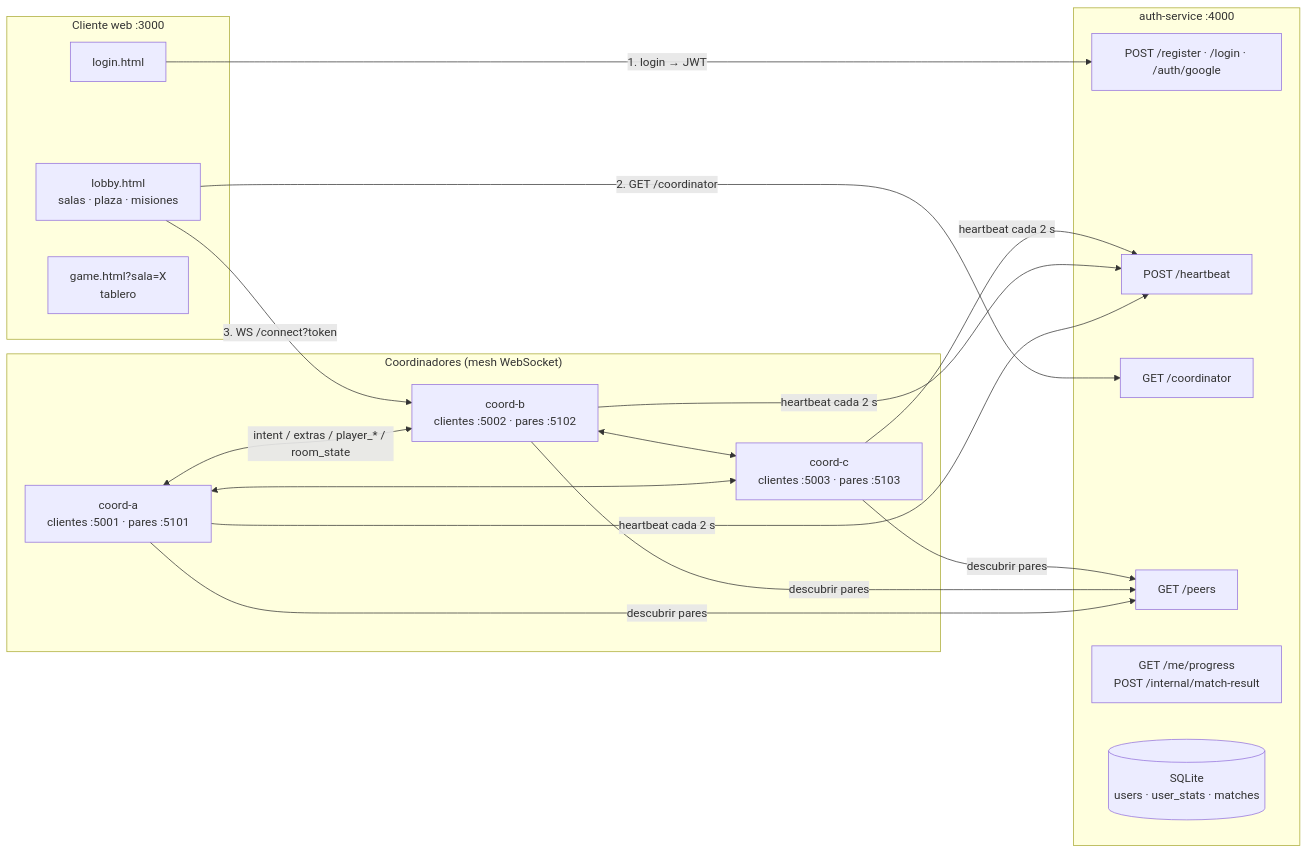
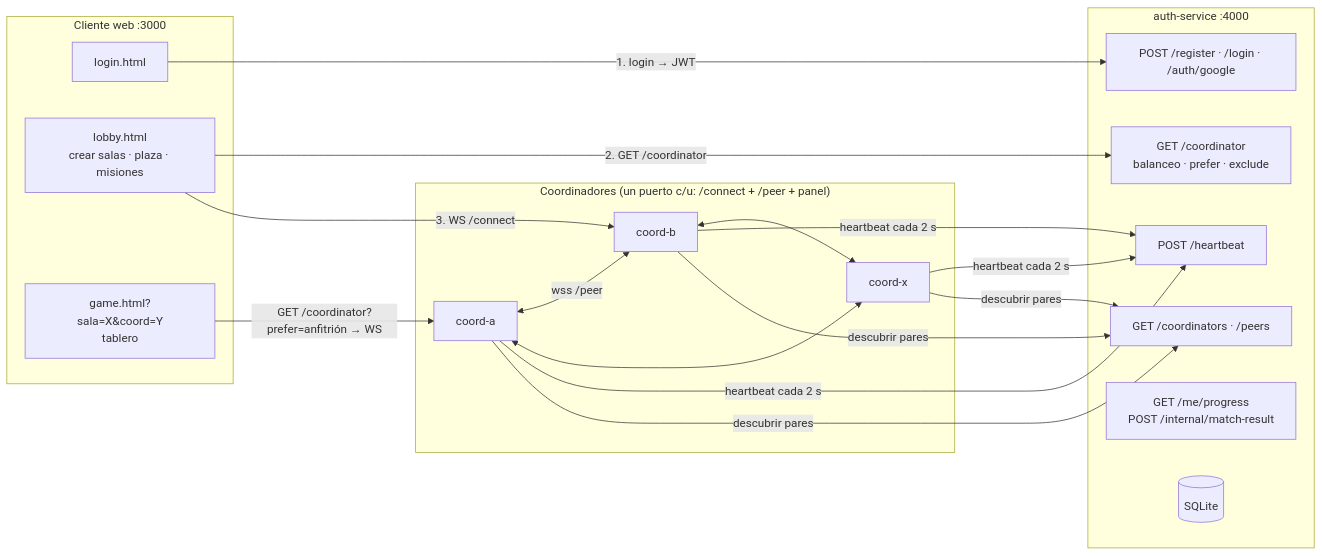
Before and after one commit to Sr-Davenson/Monopoly_Sd: the diagram in README.md, drawn with Mermaid. The commit also changed other lines of this file and 43 other files, not shown here.

````diff
--- a/README.md
+++ b/README.md
@@ -16,32 +17,33 @@
 ```mermaid
 flowchart LR
     subgraph Client["Cliente web :3000"]
         L[login.html]
-        LB[lobby.html<br/>salas · plaza · misiones]
-        G[game.html?sala=X<br/>tablero]
+        LB[lobby.html<br/>crear salas · plaza · misiones]
+        G["game.html?sala=X&coord=Y<br/>tablero"]
     end
 
     subgraph Auth["auth-service :4000"]
         A1[POST /register · /login · /auth/google]
         A2[POST /heartbeat]
-        A3[GET /coordinator]
-        A4[GET /peers]
+        A3[GET /coordinator<br/>balanceo · prefer · exclude]
+        A4[GET /coordinators · /peers]
         A5[GET /me/progress<br/>POST /internal/match-result]
-        DB[(SQLite<br/>users · user_stats · matches)]
+        DB[(SQLite)]
     end
 
-    subgraph Mesh["Coordinadores (mesh WebSocket)"]
-        CA[coord-a<br/>clientes :5001 · pares :5101]
-        CB[coord-b<br/>clientes :5002 · pares :5102]
-        CC[coord-c<br/>clientes :5003 · pares :5103]
-        CA <-->|intent / extras / player_* / room_state| CB
-        CA <--> CC
-        CB <--> CC
+    subgraph Mesh["Coordinadores (un puerto c/u: /connect + /peer + panel)"]
+        CA[coord-a]
+        CB[coord-b]
+        CX[coord-x]
+        CA <-->|wss /peer| CB
+        CA <--> CX
+        CB <--> CX
     end
 
     L -->|1. login → JWT| A1
     LB -->|2. GET /coordinator| A3
-    LB -->|3. WS /connect?token| CB
-    CA & CB & CC -->|heartbeat cada 2 s| A2
-    CA & CB & CC -->|descubrir pares| A4
+    LB -->|3. WS /connect| CB
+    G -->|"GET /coordinator?prefer=anfitrión → WS"| CA
+    CA & CB & CX -->|heartbeat cada 2 s| A2
+    CA & CB & CX -->|descubrir pares| A4
 ```
````
